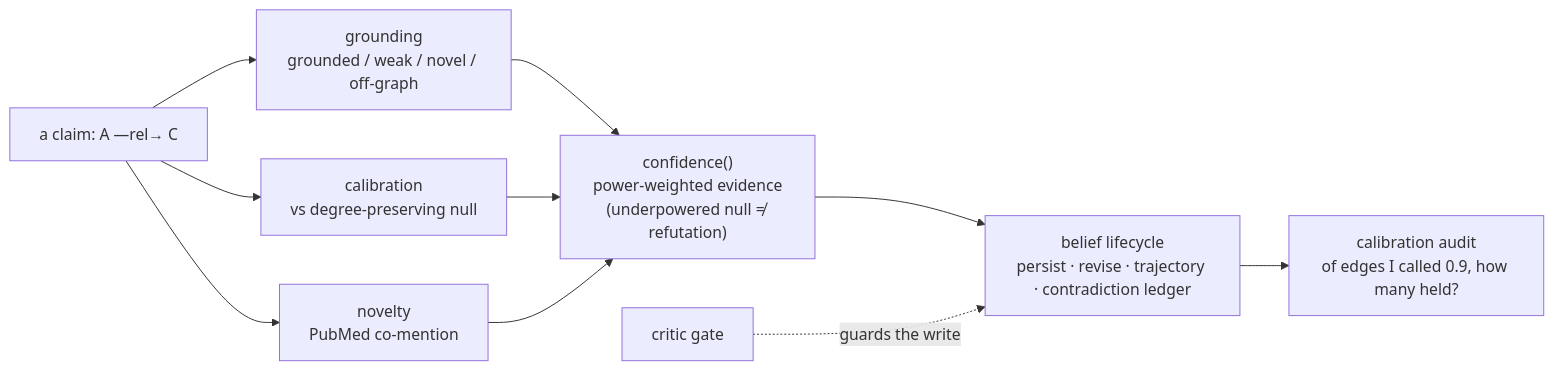
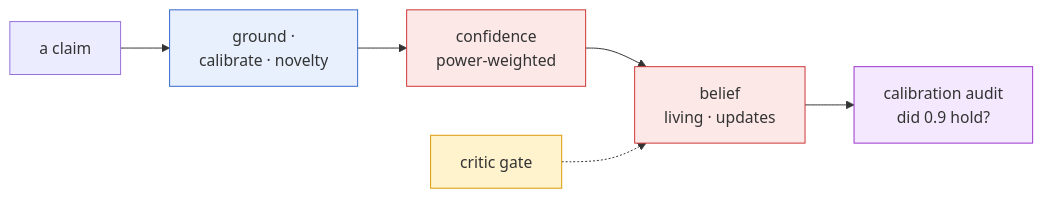
One commit to jamisonhburks/lab_tracker changed the fourth of 11 diagrams in docs/architecture-overview.md. Above: the diagram before and after it, drawn with Mermaid. The commit also changed other lines of this file and 23 other files, not shown here.

First line of the commit message:
docs: simplify slide diagrams — short glanceable labels (#69)

````diff
--- a/docs/architecture-overview.md
+++ b/docs/architecture-overview.md
@@ -109,10 +107,12 @@
 ```mermaid
 flowchart LR
-  CLAIM["a claim: A —rel→ C"] --> GRD["grounding<br/>grounded / weak / novel / off-graph"]
-  CLAIM --> CALp["calibration<br/>vs degree-preserving null"]
-  CLAIM --> NOVc["novelty<br/>PubMed co-mention"]
-  GRD & CALp & NOVc --> CONF["confidence()<br/>power-weighted evidence<br/>(underpowered null ≠ refutation)"]
-  CONF --> BEL["belief lifecycle<br/>persist · revise · trajectory · contradiction ledger"]
-  BEL --> AUD["calibration audit<br/>of edges I called 0.9, how many held?"]
-  CRIT["critic gate"] -.->|guards the write| BEL
+  CLAIM["a claim"] --> CHK["ground ·<br/>calibrate · novelty"]:::x
+  CHK --> CONF["confidence<br/>power-weighted"]:::y
+  CONF --> BEL["belief<br/>living · updates"]:::y
+  BEL --> AUD["calibration audit<br/>did 0.9 hold?"]:::z
+  CRIT["critic gate"]:::g -.-> BEL
+  classDef x fill:#e8f0fe,stroke:#36c;
+  classDef y fill:#fde8e8,stroke:#c33;
+  classDef z fill:#f3e8fd,stroke:#93c;
+  classDef g fill:#fff3cd,stroke:#d90;
 ```
````
